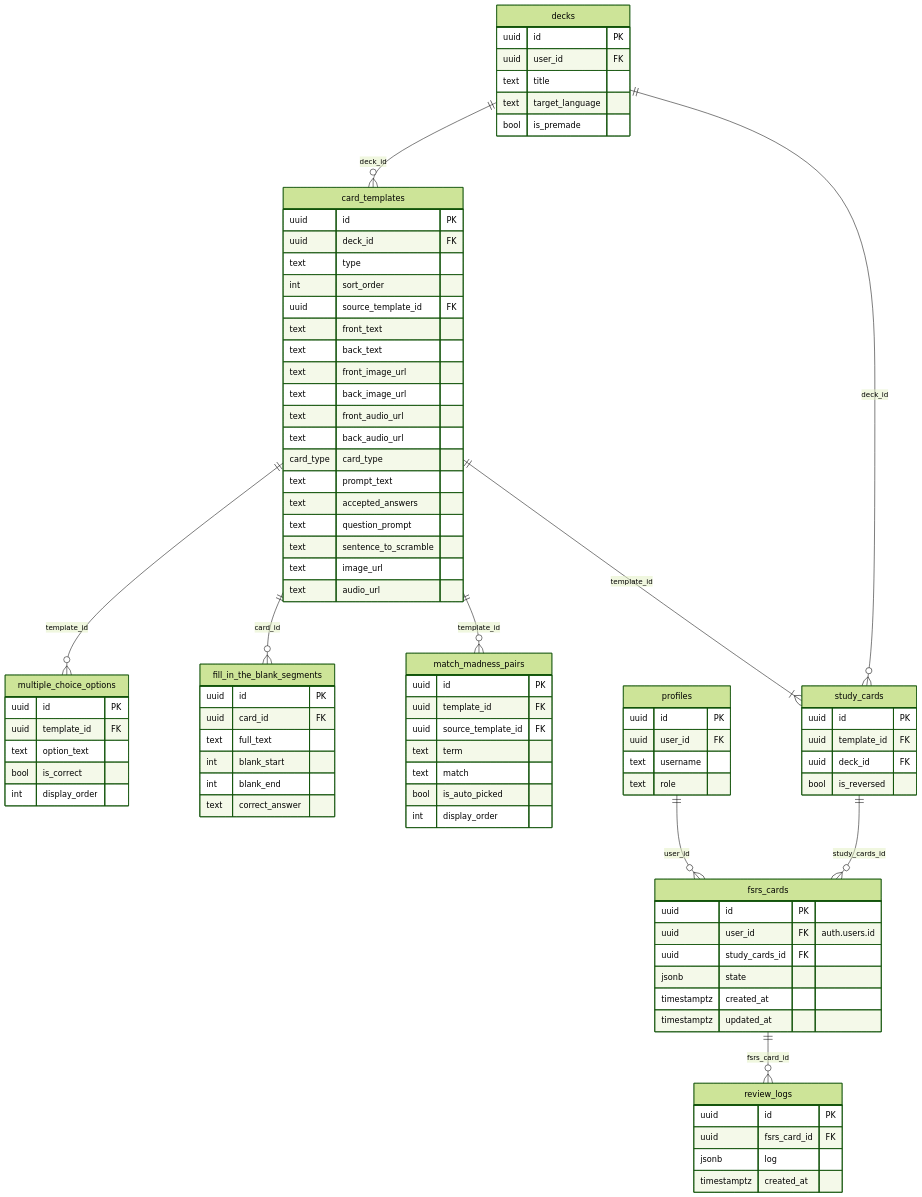
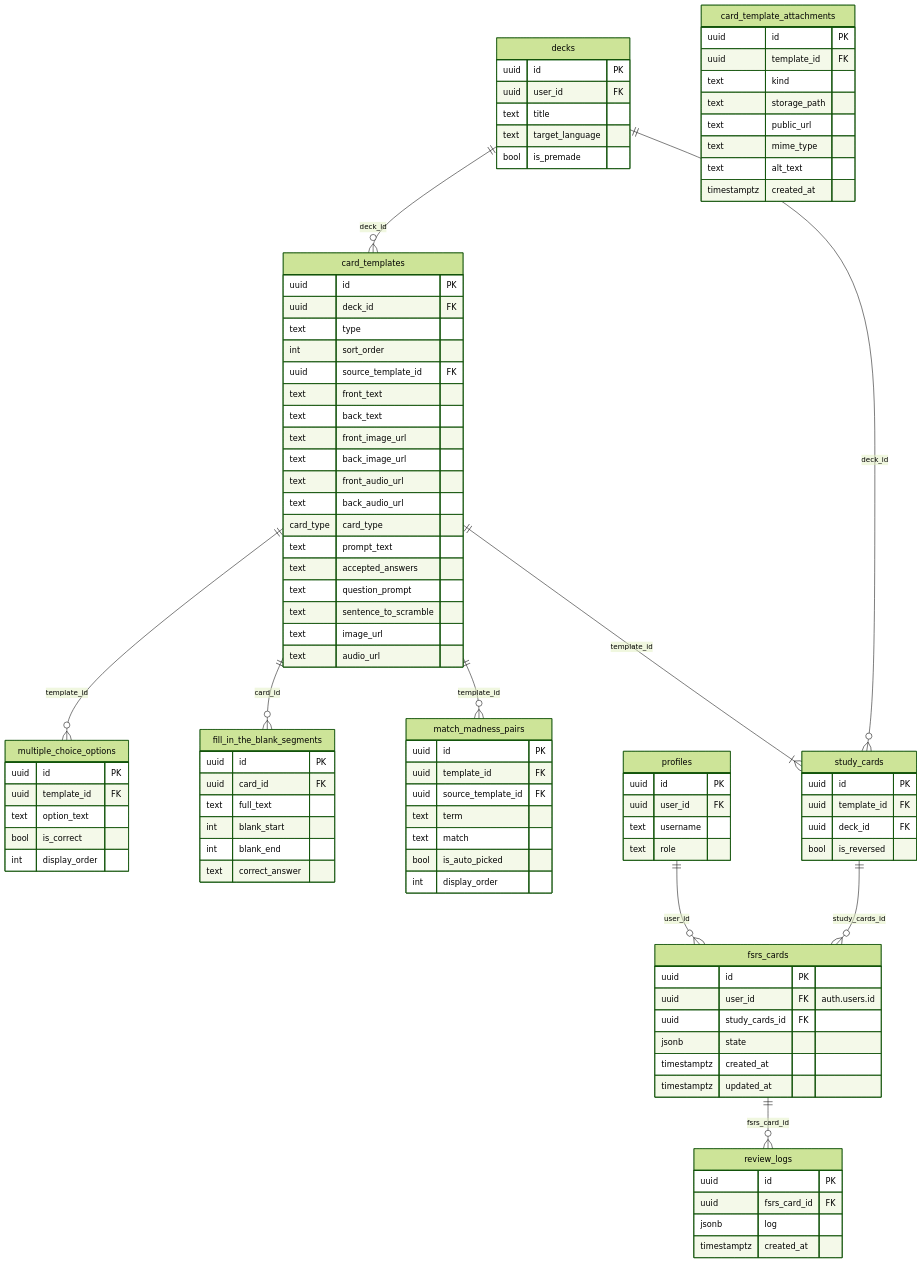
One commit to GuyWithBag/boo_mondai changed the diagram in documentation/card_system.md. Above: the diagram before and after it, drawn with Mermaid (forest theme). The commit also changed 63 other files, not shown here.

```diff
--- a/documentation/card_system.md
+++ b/documentation/card_system.md
@@ -56,6 +56,17 @@
     %% identification + multiple_choice + word_scramble
     text image_url
     text audio_url
+  }
+
+  card_template_attachments {
+    uuid id PK
+    uuid template_id FK
+    text kind
+    text storage_path
+    text public_url
+    text mime_type
+    text alt_text
+    timestamptz created_at
   }
 
   multiple_choice_options {
```
